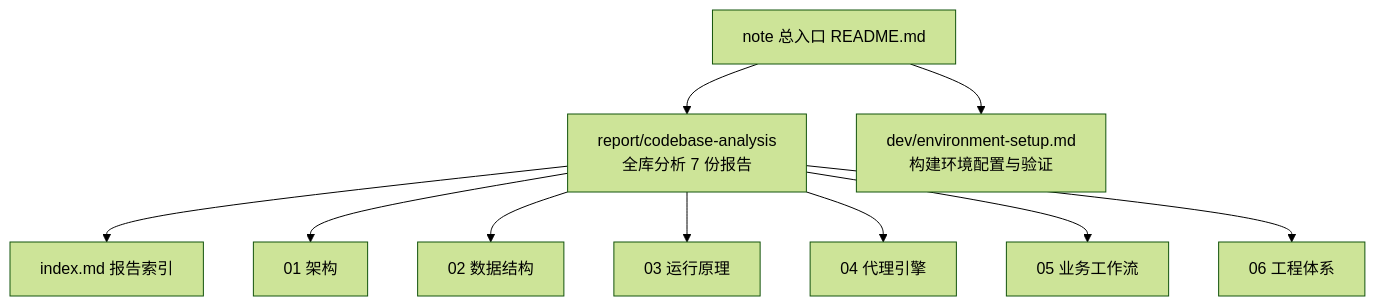
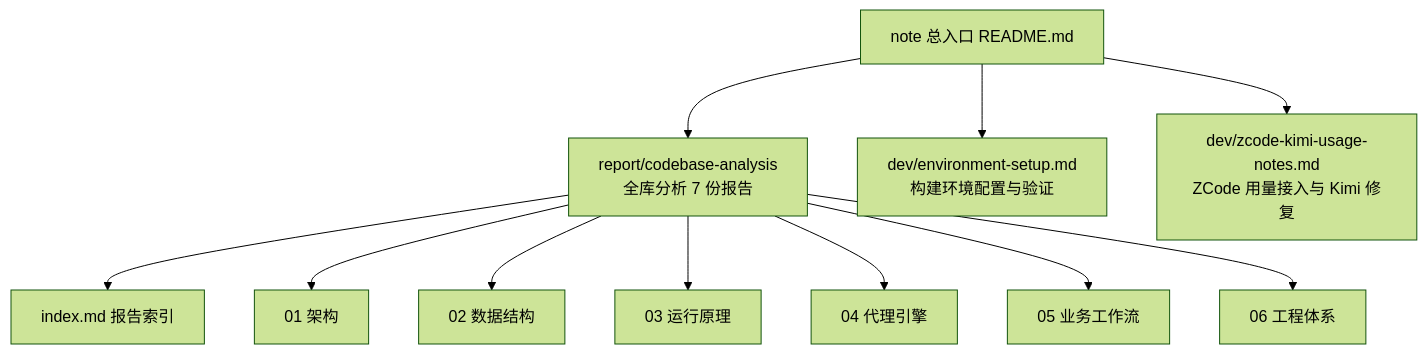
One commit to hershate/cc-switch changed the diagram in note/README.md. Above: the diagram before and after it, drawn with Mermaid (forest theme). The commit also changed other lines of this file and 1 other file, not shown here.

First line of the commit message:
docs(note): record ZCode usage import and Kimi Code fix

````diff
--- a/note/README.md
+++ b/note/README.md
@@ -7,12 +7,13 @@
 ```mermaid
 flowchart TD
     N["note 总入口 README.md"] --> R["report/codebase-analysis<br/>全库分析 7 份报告"]
     N --> D["dev/environment-setup.md<br/>构建环境配置与验证"]
+    N --> D2["dev/zcode-kimi-usage-notes.md<br/>ZCode 用量接入与 Kimi 修复"]
     R --> R1["index.md 报告索引"]
     R --> R2["01 架构"]
     R --> R3["02 数据结构"]
     R --> R4["03 运行原理"]
     R --> R5["04 代理引擎"]
     R --> R6["05 业务工作流"]
     R --> R7["06 工程体系"]
 ```
````
